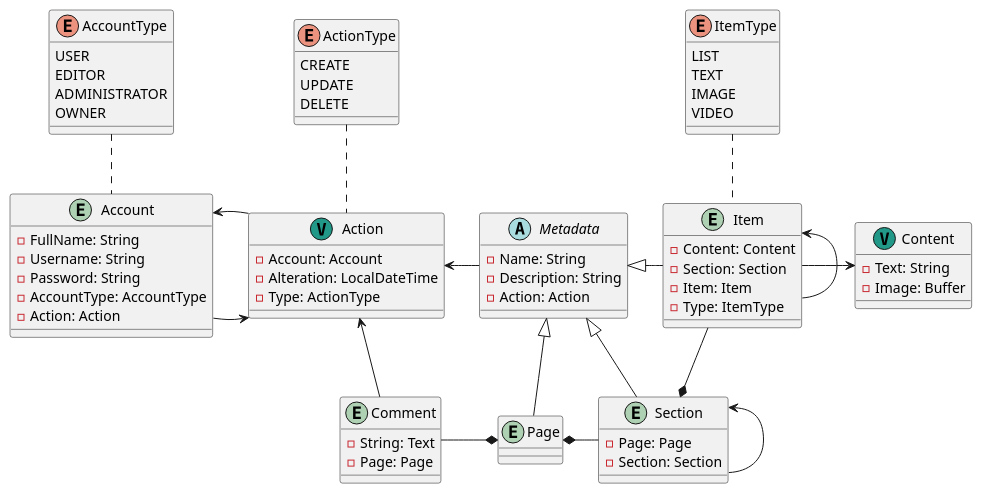
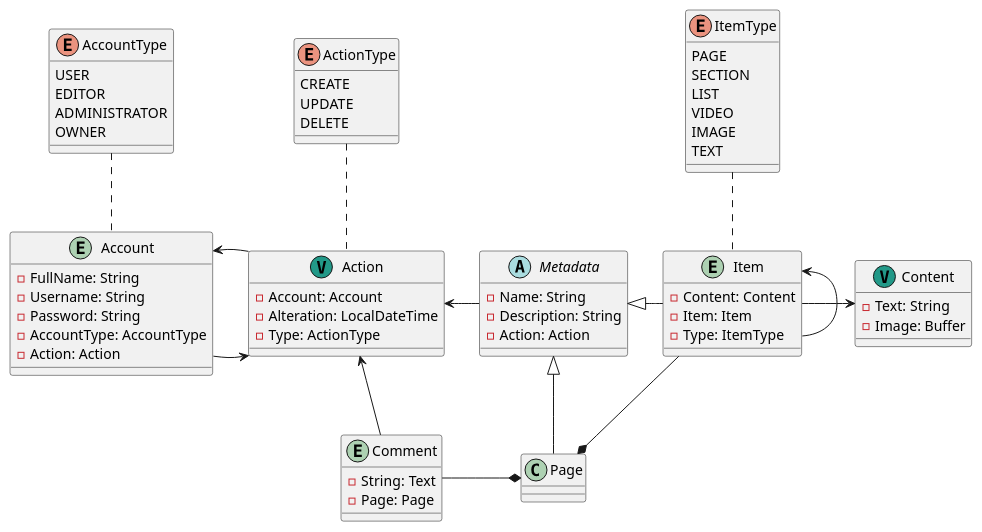
Before and after one commit to LouisFerro/HFW-HighlyFunctionalWiki: the diagram in src/main/plantuml/5. Main - Production.puml, drawn with PlantUML. The commit also changed 32 other files, not shown here.

```diff
--- a/src/main/plantuml/5. Main - Production.puml
+++ b/src/main/plantuml/5. Main - Production.puml
@@ -1,104 +1,91 @@
 @startuml
 'https://plantuml.com/class-diagram'
 
 entity Account
 {
     - FullName: String
     - Username: String
     - Password: String
     - AccountType: AccountType
     - Action: Action
 }
 
 enum AccountType
 {
     USER
     EDITOR
     ADMINISTRATOR
     OWNER
 }
 
 entity Action <<(V, #229988)>>
 {
     - Account: Account
     - Alteration: LocalDateTime
     - Type: ActionType
 }
 
 enum ActionType
 {
     CREATE
     UPDATE
     DELETE
 }
 
 abstract class Metadata
 {
     - Name: String
     - Description: String
     - Action: Action
 }
 
-entity Page
-{
-
-}
-
-entity Section
-{
-    - Page: Page
-    - Section: Section
-}
 
 entity Item
 {
     - Content: Content
-    - Section: Section
     - Item: Item
     - Type: ItemType
 }
 
 enum ItemType
 {
+    PAGE
+    SECTION
     LIST
+    VIDEO
+    IMAGE
     TEXT
-    IMAGE
-    VIDEO
 }
 
 entity Content <<(V, #229988)>>
 {
     - Text: String
     - Image: Buffer
 }
 
 entity Comment
 {
     - String: Text
     - Page: Page
 }
 
 Account .up. AccountType
 Account -right-> Action
 
 Action -left-> Account
 Action .up. ActionType
 
 Metadata -left-> Action
 
 Comment -up-> Action
 Comment -right-* Page
 
 Page -up-|> Metadata
 
-Section -up-|> Metadata
-Section -left-* Page
-Section -up-> Section
-
 Item -left-|> Metadata
-Item -down-* Section
+Item -down-* Page
 Item -right-> Content
 Item .up. ItemType
 Item -up-> Item
 
 @enduml
```
